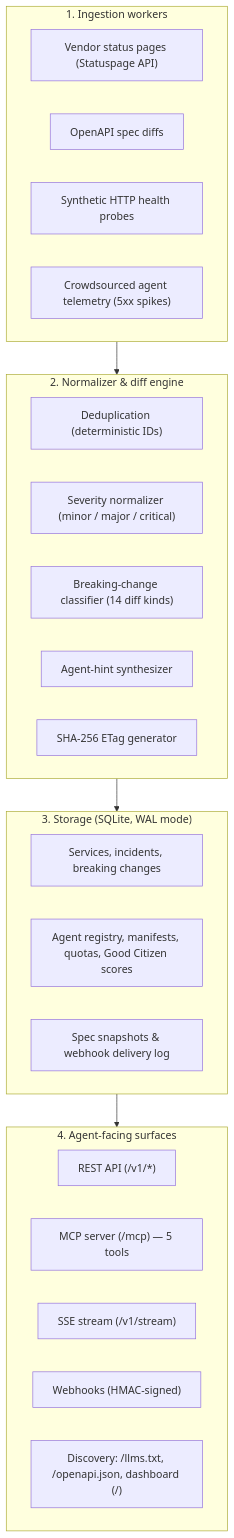
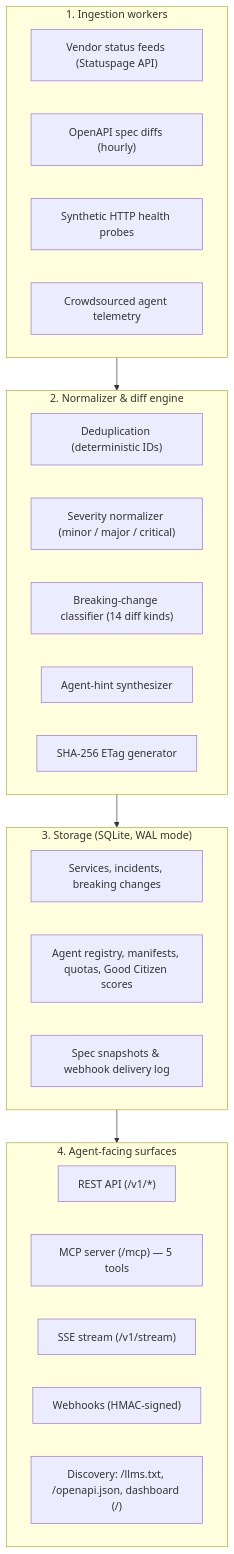
One commit to Akshat-Srivastava-PS/AgentPulse changed the diagram in README.md. Above: the diagram before and after it, drawn with Mermaid. The commit also changed other lines of this file and 1 other file, not shown here.

Commit message:
README: comprehensive rewrite current through Step 7 (37 services, 15 spec-diffed, telemetry loop, endpoint filtering, dashboard truth, 95 tests, npm SDK published); fix llms.txt SDK reference to @sriakshat/agentpulse

````diff
--- a/README.md
+++ b/README.md
@@ -61,33 +55,33 @@
 ```mermaid
 flowchart TD
     subgraph Ingestion ["1. Ingestion workers"]
-        A1["Vendor status pages (Statuspage API)"]
-        A2["OpenAPI spec diffs"]
+        A1["Vendor status feeds (Statuspage API)"]
+        A2["OpenAPI spec diffs (hourly)"]
         A3["Synthetic HTTP health probes"]
-        A4["Crowdsourced agent telemetry (5xx spikes)"]
+        A4["Crowdsourced agent telemetry"]
     end
 
     subgraph Engine ["2. Normalizer & diff engine"]
         B1["Deduplication (deterministic IDs)"]
         B2["Severity normalizer (minor / major / critical)"]
         B3["Breaking-change classifier (14 diff kinds)"]
         B4["Agent-hint synthesizer"]
         B5["SHA-256 ETag generator"]
     end
 
     subgraph Storage ["3. Storage (SQLite, WAL mode)"]
         C1["Services, incidents, breaking changes"]
         C2["Agent registry, manifests, quotas, Good Citizen scores"]
         C3["Spec snapshots & webhook delivery log"]
     end
 
     subgraph Edge ["4. Agent-facing surfaces"]
         D1["REST API (/v1/*)"]
         D2["MCP server (/mcp) — 5 tools"]
         D3["SSE stream (/v1/stream)"]
         D4["Webhooks (HMAC-signed)"]
         D5["Discovery: /llms.txt, /openapi.json, dashboard (/)"]
     end
 
     Ingestion --> Engine --> Storage --> Edge
 ```
````
